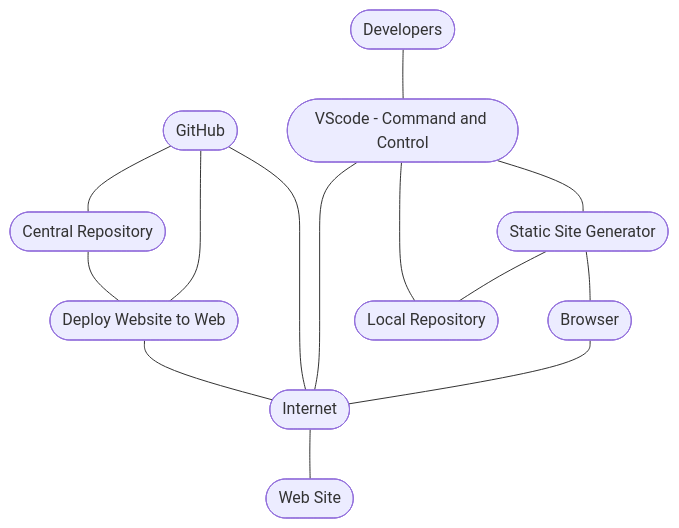
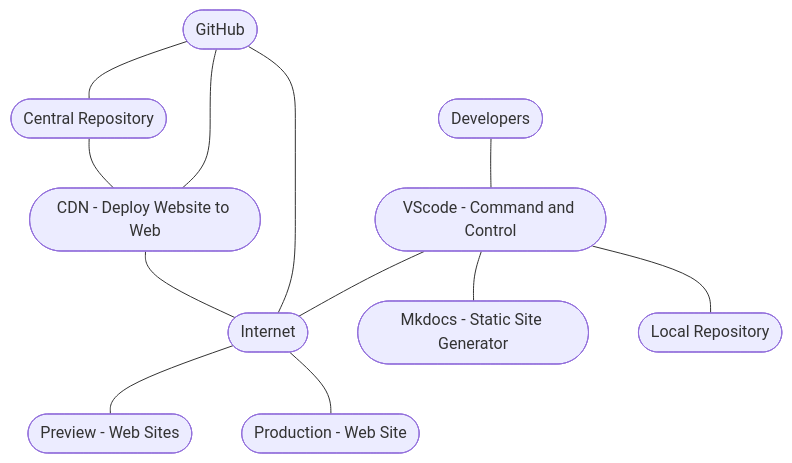
Before and after one commit to JohnTelford/mkdocs-2: the diagram in docs/website-development-stack.md, drawn with Mermaid. The commit also changed other lines of this file, not shown here.

Commit message:
refactor

````diff
--- a/docs/website-development-stack.md
+++ b/docs/website-development-stack.md
@@ -15,42 +15,47 @@
 ``` mermaid
 flowchart TB
-	net([Internet]) 
+	dev([Developers]) --- vsc 
 
-	web([Web Site])
 
-	crepo --- cdn([Deploy Website to Web])
+	vsc([VScode - Command and Control]) 
+
+
+	
+	
+	crepo --- cdn([CDN - Deploy Website to Web])
 
 	cdn --- net
-
-	
-	net --- web
 
 	github([GitHub]) 
 
 	github --- crepo([Central Repository])
 
 	github --- cdn
 
 	github --- net
 	
+	net([Internet]) 
 
-	vsc([VScode - Command and Control]) --- net 
-
-	developer([Developers]) --- 
+	mkd([MkDocs])
 	
 	vsc --- lrepo([Local Repository])
 
-	ssg([Static Site Generator])
+	net --- prevweb
 
-	vsc --- ssg
+	net --- proweb
 
-	ssg --- lrepo
+	vsc --- net
 
-	brow([Browser])
+	vsc --- mkd
 
-	ssg --- brow
+	mkd([Mkdocs - Static Site Generator])
 
-	brow --- net
+	
+	
+	prevweb([Preview - Web Sites])
+
+	proweb([Production - Web Site])
+
 
 
 ```
````
